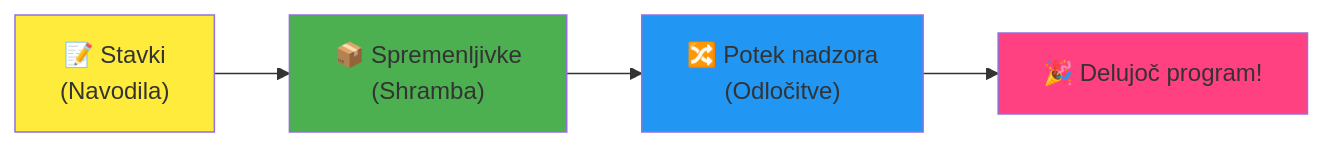
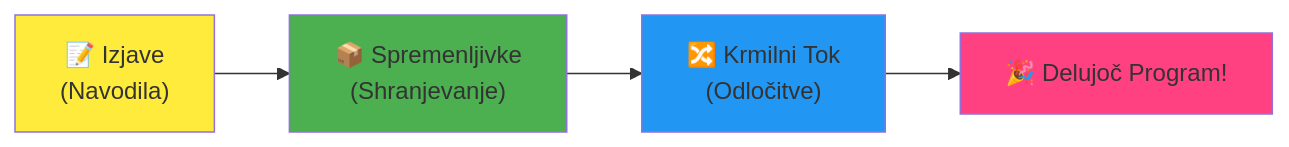
Before and after one commit to microsoft/Web-Dev-For-Beginners: the fourth of 7 diagrams in translations/sl/1-getting-started-lessons/1-intro-to-programming-languages/README.md, drawn with Mermaid. The commit also changed other lines of this file and 11 other files, not shown here.

````diff
--- a/translations/sl/1-getting-started-lessons/1-intro-to-programming-languages/README.md
+++ b/translations/sl/1-getting-started-lessons/1-intro-to-programming-languages/README.md
@@ -467,9 +467,9 @@
 ```mermaid
 flowchart LR
-    A["📝 Stavki<br/>(Navodila)"] --> B["📦 Spremenljivke<br/>(Shramba)"] --> C["🔀 Potek nadzora<br/>(Odločitve)"] --> D["🎉 Delujoč program!"]
+    A["📝 Izjave<br/>(Navodila)"] --> B["📦 Spremenljivke<br/>(Shranjevanje)"] --> C["🔀 Krmilni Tok<br/>(Odločitve)"] --> D["🎉 Delujoč Program!"]
     
     style A fill:#ffeb3b
     style B fill:#4caf50
     style C fill:#2196f3
     style D fill:#ff4081
 ```
````
